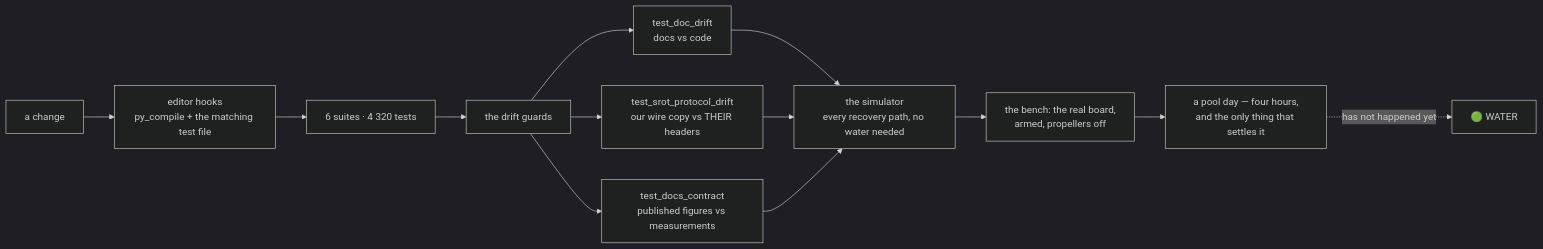
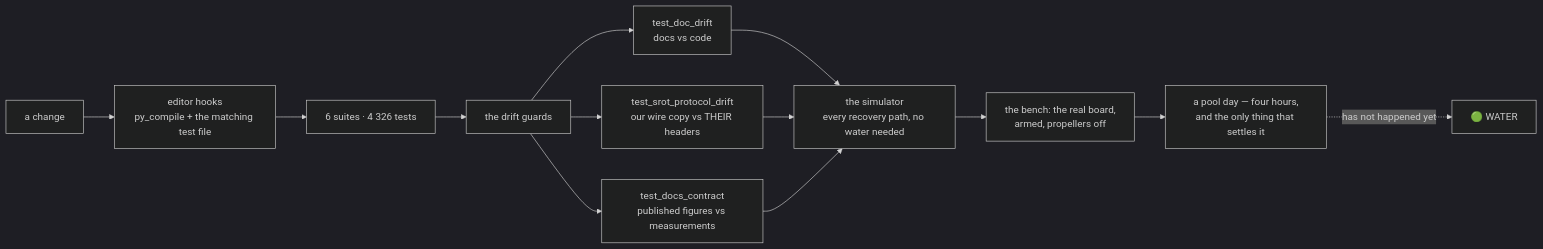
Before and after one commit to fh1m/mongla_ws: the ninth of 10 diagrams in README.md, drawn with Mermaid (dark theme). The commit also changed other lines of this file and 4 other files, not shown here.

````diff
--- a/README.md
+++ b/README.md
@@ -752,15 +752,15 @@
 ```mermaid
 flowchart LR
     DEV["a change"] --> HOOK["editor hooks<br/>py_compile + the matching test file"]
-    HOOK --> UNIT["6 suites · 4 320 tests"]
+    HOOK --> UNIT["6 suites · 4 326 tests"]
     UNIT --> GUARD["the drift guards"]
     GUARD --> G1["test_doc_drift<br/>docs vs code"]
     GUARD --> G2["test_srot_protocol_drift<br/>our wire copy vs THEIR headers"]
     GUARD --> G3["test_docs_contract<br/>published figures vs measurements"]
     G1 --> SIM["the simulator<br/>every recovery path, no water needed"]
     G2 --> SIM
     G3 --> SIM
     SIM --> BENCH["the bench: the real board,<br/>armed, propellers off"]
     BENCH --> POOL["a pool day — four hours,<br/>and the only thing that settles it"]
     POOL -.->|"has not happened yet"| WATER["🟢 WATER"]
 ```
````
